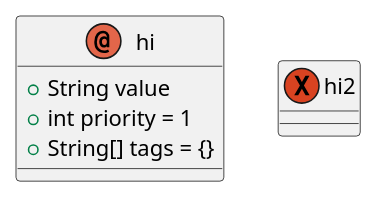
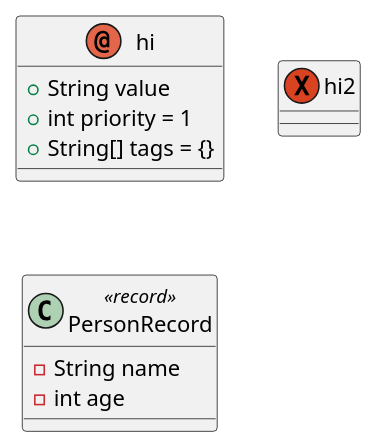
The diagram in rattempt/mockingstuff.puml (abeGizaw/JavaUMLCreator), drawn with PlantUML before and after one commit. The commit also changed 9 other files, not shown here.

```diff
--- a/rattempt/mockingstuff.puml
+++ b/rattempt/mockingstuff.puml
@@ -1,13 +1,17 @@
 @startuml
 'https://plantuml.com/sequence-diagram
 
 annotation hi{
  + String value
  + int priority = 1
  + String[] tags = {}
 }
 
 exception hi2{
 }
 
+class PersonRecord <<record>> {
+    -String name
+    -int age
+}
 @enduml
```
